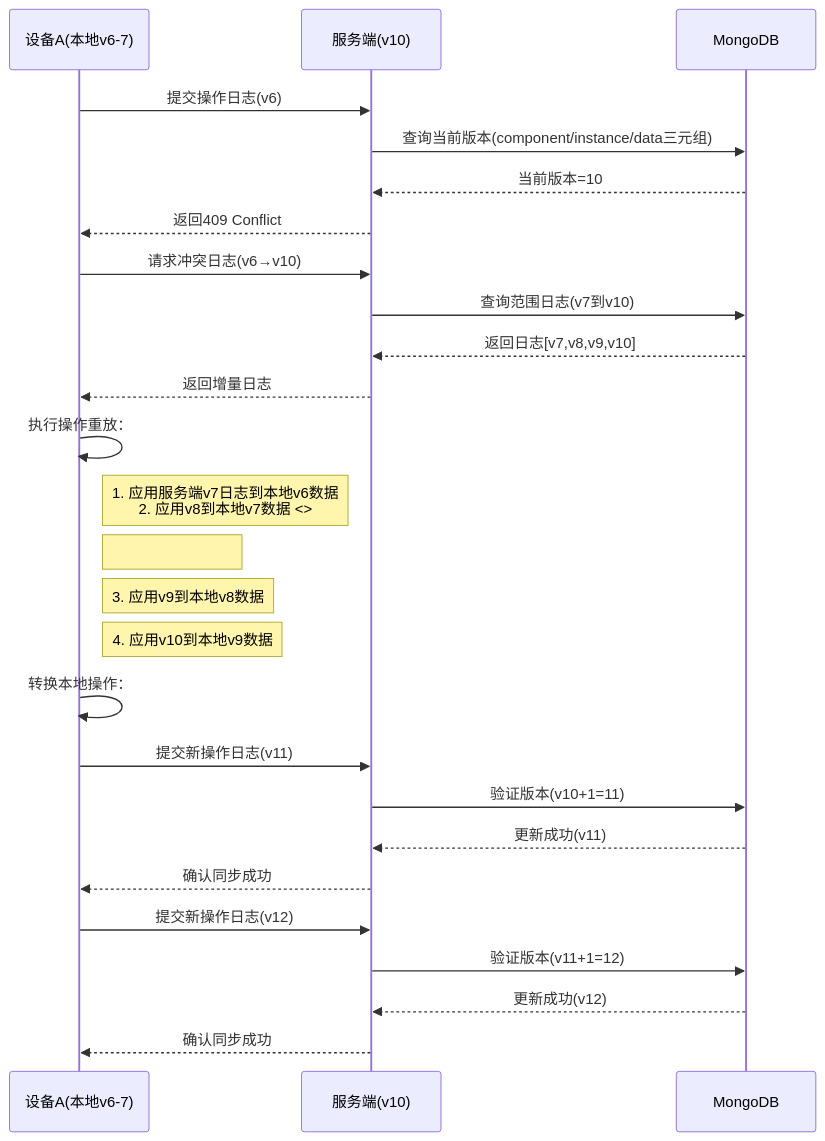
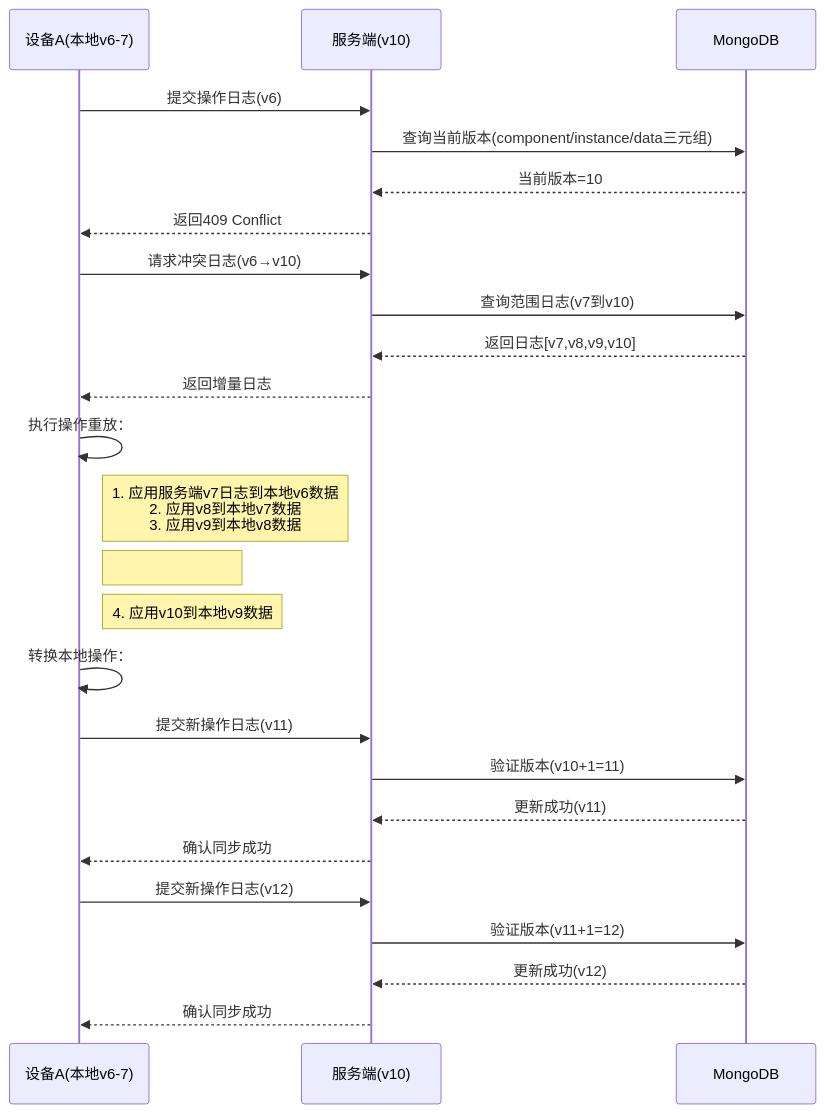
One commit to yingjianzh/iodraw-files changed the diagram in all/未命名-26.md. Above: the diagram before and after it, drawn with Mermaid.

Commit message:
2025-02-26 16:21:14 update

````diff
--- a/all/未命名-26.md
+++ b/all/未命名-26.md
@@ -1,41 +1,41 @@
 ```mermaid
 sequenceDiagram
     participant A as 设备A(本地v6-7)
     participant S as 服务端(v10)
     participant DB as MongoDB
 
     %% 初始同步尝试
     A->>S: 提交操作日志(v6)
     S->>DB: 查询当前版本(component/instance/data三元组)
     DB-->>S: 当前版本=10
     S-->>A: 返回409 Conflict
 
     %% 冲突解决阶段
     A->>S: 请求冲突日志(v6→v10)
     S->>DB: 查询范围日志(v7到v10)
     DB-->>S: 返回日志[v7,v8,v9,v10]
     S-->>A: 返回增量日志
 
     %% 本地数据重建
     A->>A: 执行操作重放：
-    note right of A: 1. 应用服务端v7日志到本地v6数据 <br> 2. 应用v8到本地v7数据 <>
+    note right of A: 1. 应用服务端v7日志到本地v6数据 <br> 2. 应用v8到本地v7数据 <br> 3. 应用v9到本地v8数据
+    
     note right of A: 
-    note right of A: 3. 应用v9到本地v8数据
     note right of A: 4. 应用v10到本地v9数据
 
 
     %% 本地操作转换
     A->>A: 转换本地操作：
     
 
     %% 重新提交
     A->>S: 提交新操作日志(v11)
     S->>DB: 验证版本(v10+1=11)
     DB-->>S: 更新成功(v11)
     S-->>A: 确认同步成功
 
     A->>S: 提交新操作日志(v12)
     S->>DB: 验证版本(v11+1=12)
     DB-->>S: 更新成功(v12)
     S-->>A: 确认同步成功
 ```
````
